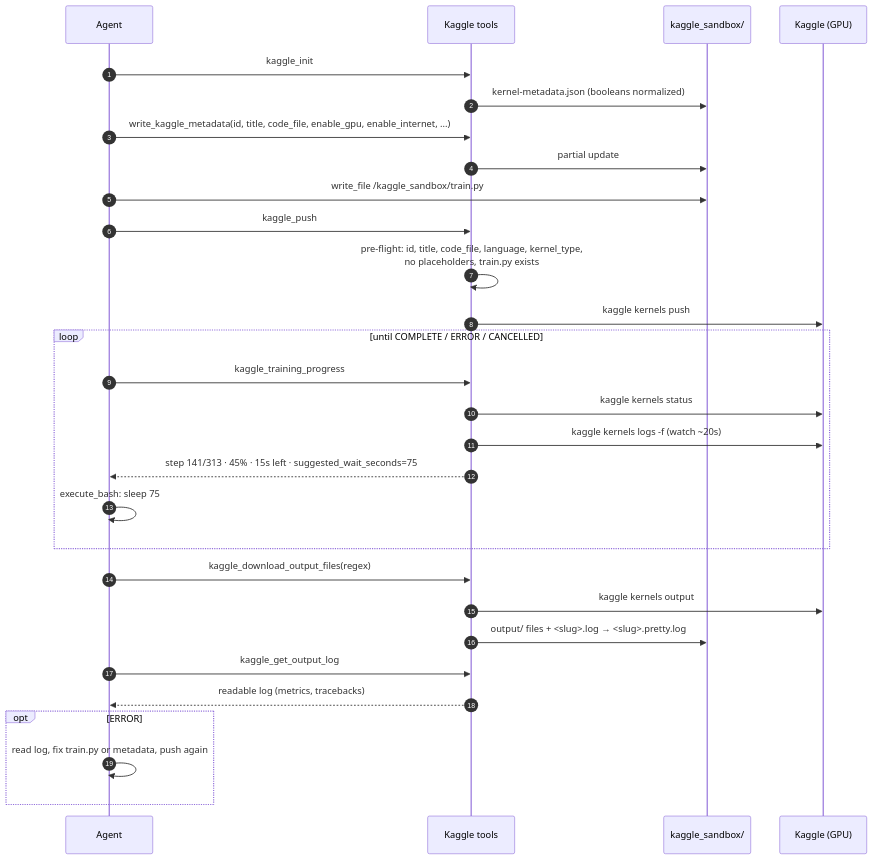
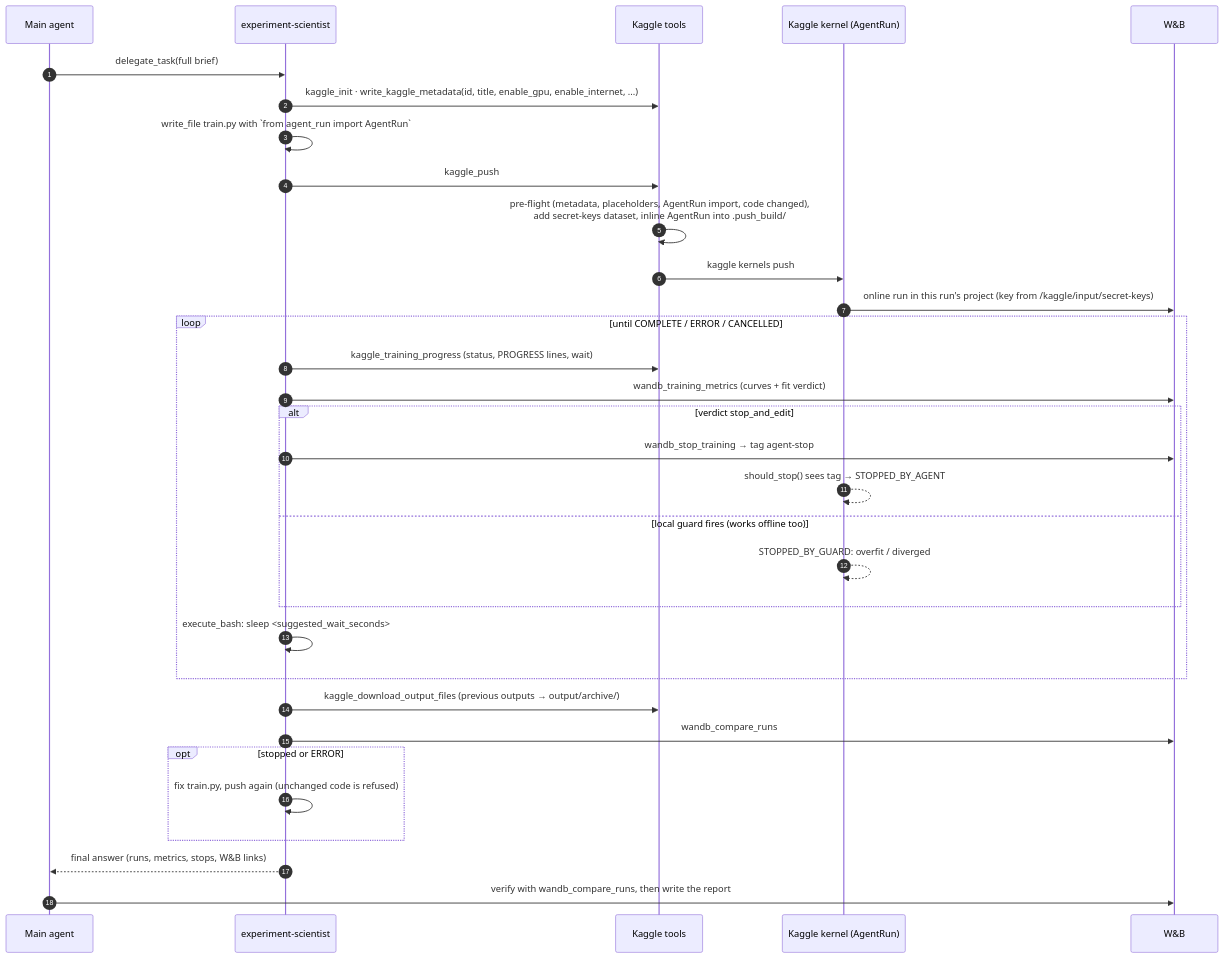
The third of 8 diagrams in README.md (NBTailee/agent-harness), drawn with Mermaid before and after one commit. The commit also changed other lines of this file and 28 other files, not shown here.

````diff
--- a/README.md
+++ b/README.md
@@ -126,32 +147,35 @@
 ```mermaid
 sequenceDiagram
     autonumber
-    participant A as Agent
+    participant M as Main agent
+    participant A as experiment-scientist
     participant K as Kaggle tools
-    participant F as kaggle_sandbox/
-    participant G as Kaggle (GPU)
+    participant G as Kaggle kernel (AgentRun)
+    participant W as W&B
 
-    A->>K: kaggle_init
-    K->>F: kernel-metadata.json (booleans normalized)
-    A->>K: write_kaggle_metadata(id, title, code_file, enable_gpu, enable_internet, ...)
-    K->>F: partial update
-    A->>F: write_file /kaggle_sandbox/train.py
+    M->>A: delegate_task(full brief)
+    A->>K: kaggle_init · write_kaggle_metadata(id, title, enable_gpu, enable_internet, ...)
+    A->>A: write_file train.py with `from agent_run import AgentRun`
     A->>K: kaggle_push
-    K->>K: pre-flight: id, title, code_file, language, kernel_type,<br/>no placeholders, train.py exists
+    K->>K: pre-flight (metadata, placeholders, AgentRun import, code changed),<br/>add secret-keys dataset, inline AgentRun into .push_build/
     K->>G: kaggle kernels push
+    G->>W: online run in this run's project (key from /kaggle/input/secret-keys)
     loop until COMPLETE / ERROR / CANCELLED
-        A->>K: kaggle_training_progress
-        K->>G: kaggle kernels status
-        K->>G: kaggle kernels logs -f (watch ~20s)
-        K-->>A: step 141/313 · 45% · 15s left · suggested_wait_seconds=75
-        A->>A: execute_bash: sleep 75
+        A->>K: kaggle_training_progress (status, PROGRESS lines, wait)
+        A->>W: wandb_training_metrics (curves + fit verdict)
+        alt verdict stop_and_edit
+            A->>W: wandb_stop_training → tag agent-stop
+            G-->>G: should_stop() sees tag → STOPPED_BY_AGENT
+        else local guard fires (works offline too)
+            G-->>G: STOPPED_BY_GUARD: overfit / diverged
+        end
+        A->>A: execute_bash: sleep <suggested_wait_seconds>
     end
-    A->>K: kaggle_download_output_files(regex)
-    K->>G: kaggle kernels output
-    K->>F: output/ files + <slug>.log → <slug>.pretty.log
-    A->>K: kaggle_get_output_log
-    K-->>A: readable log (metrics, tracebacks)
-    opt ERROR
-        A->>A: read log, fix train.py or metadata, push again
+    A->>K: kaggle_download_output_files (previous outputs → output/archive/)
+    A->>W: wandb_compare_runs
+    opt stopped or ERROR
+        A->>A: fix train.py, push again (unchanged code is refused)
     end
+    A-->>M: final answer (runs, metrics, stops, W&B links)
+    M->>W: verify with wandb_compare_runs, then write the report
 ```
````
